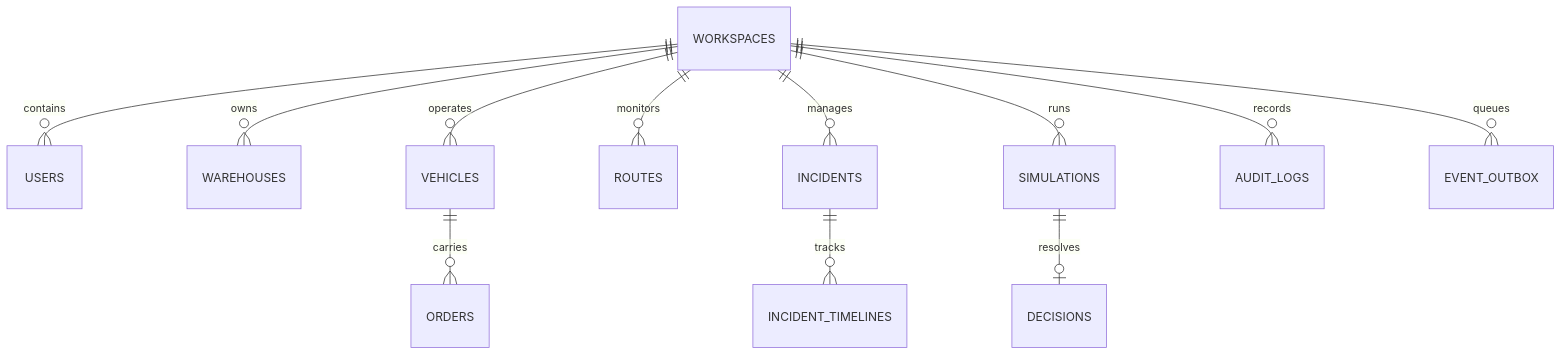
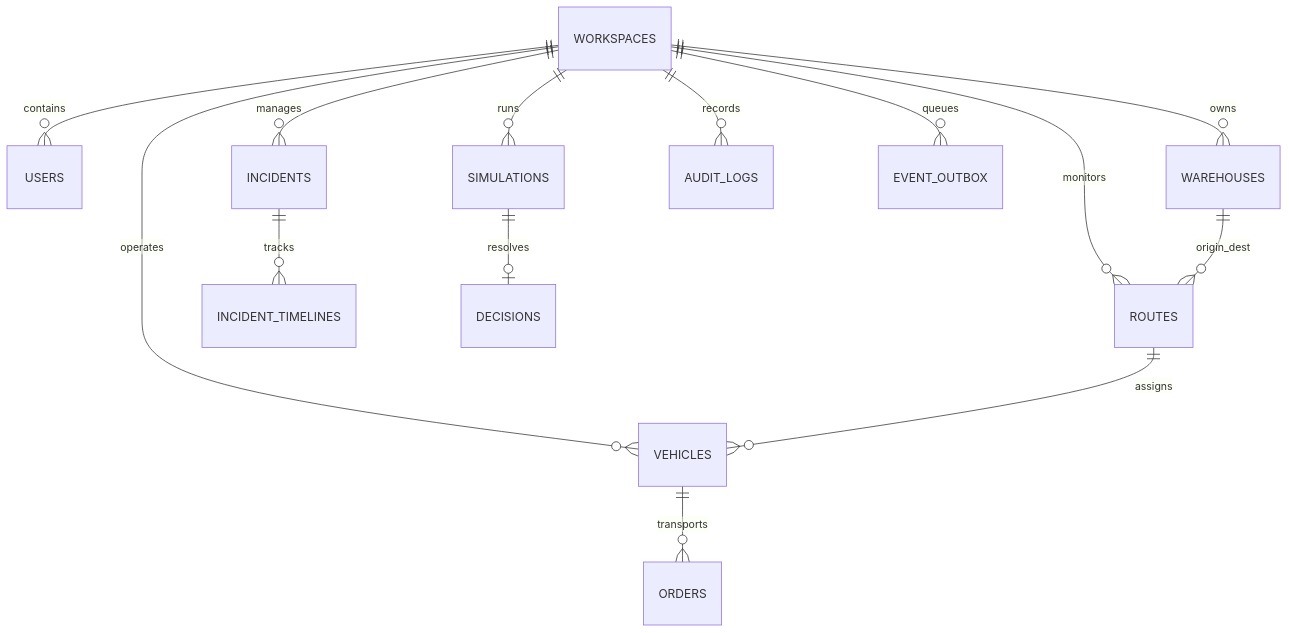
The diagram in docs/DATABASE.md (AadityaUniyal/Nexus), drawn with Mermaid before and after one commit. The commit also changed other lines of this file and 3 other files, not shown here.

Commit message:
docs: overhaul README, Architecture, Database, and Design System specifications

````diff
--- a/docs/DATABASE.md
+++ b/docs/DATABASE.md
@@ -9,15 +11,17 @@
 ```mermaid
 erDiagram
     WORKSPACES ||--o{ USERS : contains
     WORKSPACES ||--o{ WAREHOUSES : owns
     WORKSPACES ||--o{ VEHICLES : operates
     WORKSPACES ||--o{ ROUTES : monitors
     WORKSPACES ||--o{ INCIDENTS : manages
     WORKSPACES ||--o{ SIMULATIONS : runs
     WORKSPACES ||--o{ AUDIT_LOGS : records
     WORKSPACES ||--o{ EVENT_OUTBOX : queues
 
     INCIDENTS ||--o{ INCIDENT_TIMELINES : tracks
     SIMULATIONS ||--o| DECISIONS : resolves
-    VEHICLES ||--o{ ORDERS : carries
+    VEHICLES ||--o{ ORDERS : transports
+    ROUTES ||--o{ VEHICLES : assigns
+    WAREHOUSES ||--o{ ROUTES : origin_dest
 ```
````
